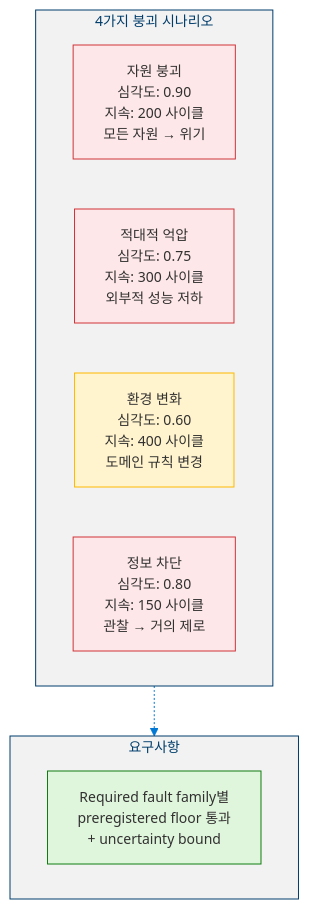
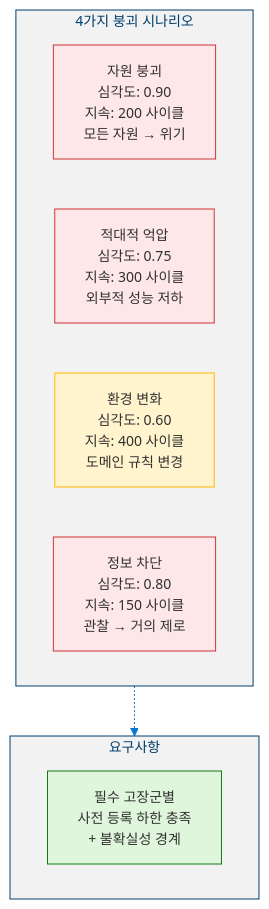
The ninth of 16 diagrams in docs/levels/Level_5_Proto_AGI.ko.md (dotnetpower/mscp), drawn with Mermaid before and after one commit. The commit also changed other lines of this file and 33 other files, not shown here.

````diff
--- a/docs/levels/Level_5_Proto_AGI.ko.md
+++ b/docs/levels/Level_5_Proto_AGI.ko.md
@@ -500,20 +510,20 @@
 ```mermaid
 %%{init: {'theme': 'base', 'themeVariables': {'primaryColor': '#0078D4', 'primaryTextColor': '#003D6B', 'primaryBorderColor': '#003D6B', 'secondaryColor': '#50E6FF', 'secondaryTextColor': '#323130', 'secondaryBorderColor': '#00BCF2', 'tertiaryColor': '#F2F2F2', 'tertiaryTextColor': '#323130', 'lineColor': '#0078D4', 'textColor': '#323130', 'mainBkg': '#DEECF9', 'nodeBorder': '#0078D4', 'clusterBkg': '#F2F2F2', 'clusterBorder': '#003D6B', 'titleColor': '#003D6B', 'edgeLabelBackground': '#FFFFFF', 'fontSize': '14px'}}}%%
 flowchart TD
   classDef scenario fill:#FDE7E9,stroke:#D13438,color:#323130
   classDef moderate fill:#FFF4CE,stroke:#FFB900,color:#323130
   classDef req fill:#DFF6DD,stroke:#107C10,color:#323130
 
   subgraph Scenarios["4가지 붕괴 시나리오"]
     S1C["자원 붕괴<br/>심각도: 0.90<br/>지속: 200 사이클<br/>모든 자원 → 위기"]:::scenario
     S2C["적대적 억압<br/>심각도: 0.75<br/>지속: 300 사이클<br/>외부적 성능 저하"]:::scenario
     S3C["환경 변화<br/>심각도: 0.60<br/>지속: 400 사이클<br/>도메인 규칙 변경"]:::moderate
     S4C["정보 차단<br/>심각도: 0.80<br/>지속: 150 사이클<br/>관찰 → 거의 제로"]:::scenario
   end
 
   subgraph Requirement["요구사항"]
-    REQ["Required fault family별<br/>preregistered floor 통과<br/>+ uncertainty bound"]:::req
+    REQ["필수 고장군별<br/>사전 등록 하한 충족<br/>+ 불확실성 경계"]:::req
   end
 
   Scenarios -.-> Requirement
 ```
````
